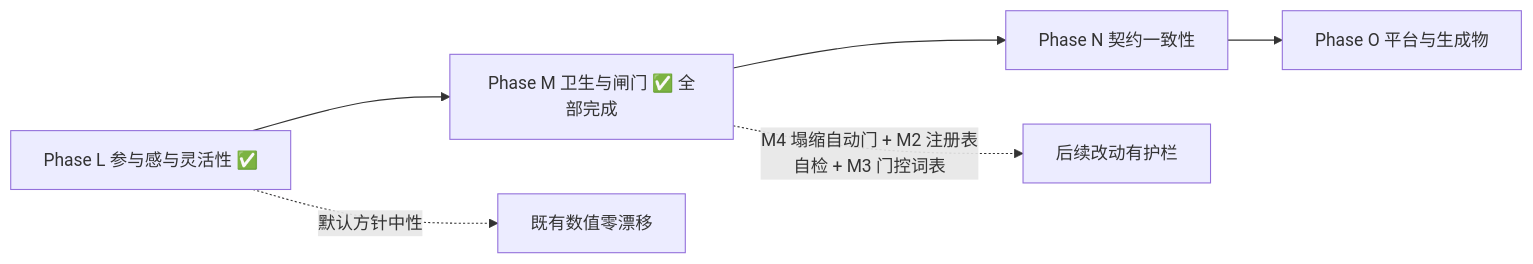
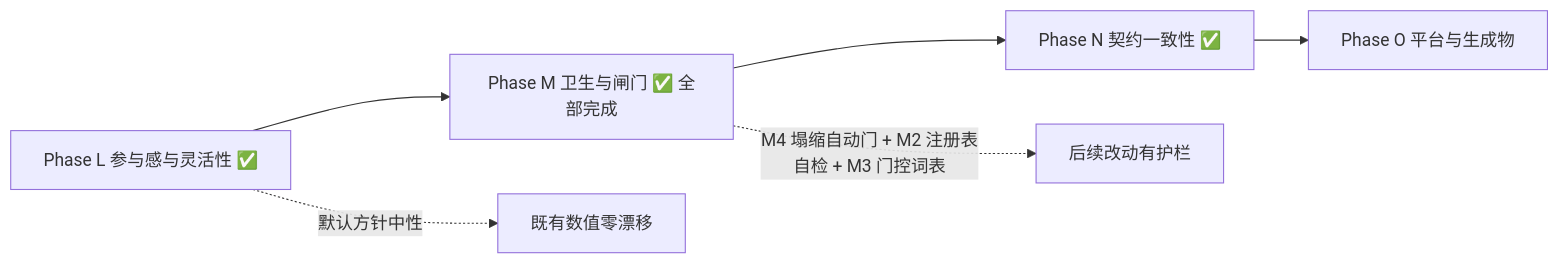
The diagram in docs/ROADMAP.md (reney-0202/a-simple-world-map), drawn with Mermaid before and after one commit. The commit also changed other lines of this file and 13 other files, not shown here.

First line of the commit message:
feat(agenda): make completion feedback declarative; add an export-schema gate

````diff
--- a/docs/ROADMAP.md
+++ b/docs/ROADMAP.md
@@ -271,8 +307,8 @@
 ```mermaid
 graph LR
   L[Phase L 参与感与灵活性 ✅] --> M[Phase M 卫生与闸门 ✅ 全部完成]
-  M --> N[Phase N 契约一致性]
+  M --> N[Phase N 契约一致性 ✅]
   N --> O[Phase O 平台与生成物]
   L -.->|默认方针中性| B1[既有数值零漂移]
   M -.->|M4 塌缩自动门 + M2 注册表自检 + M3 门控词表| B2[后续改动有护栏]
 ```
````
